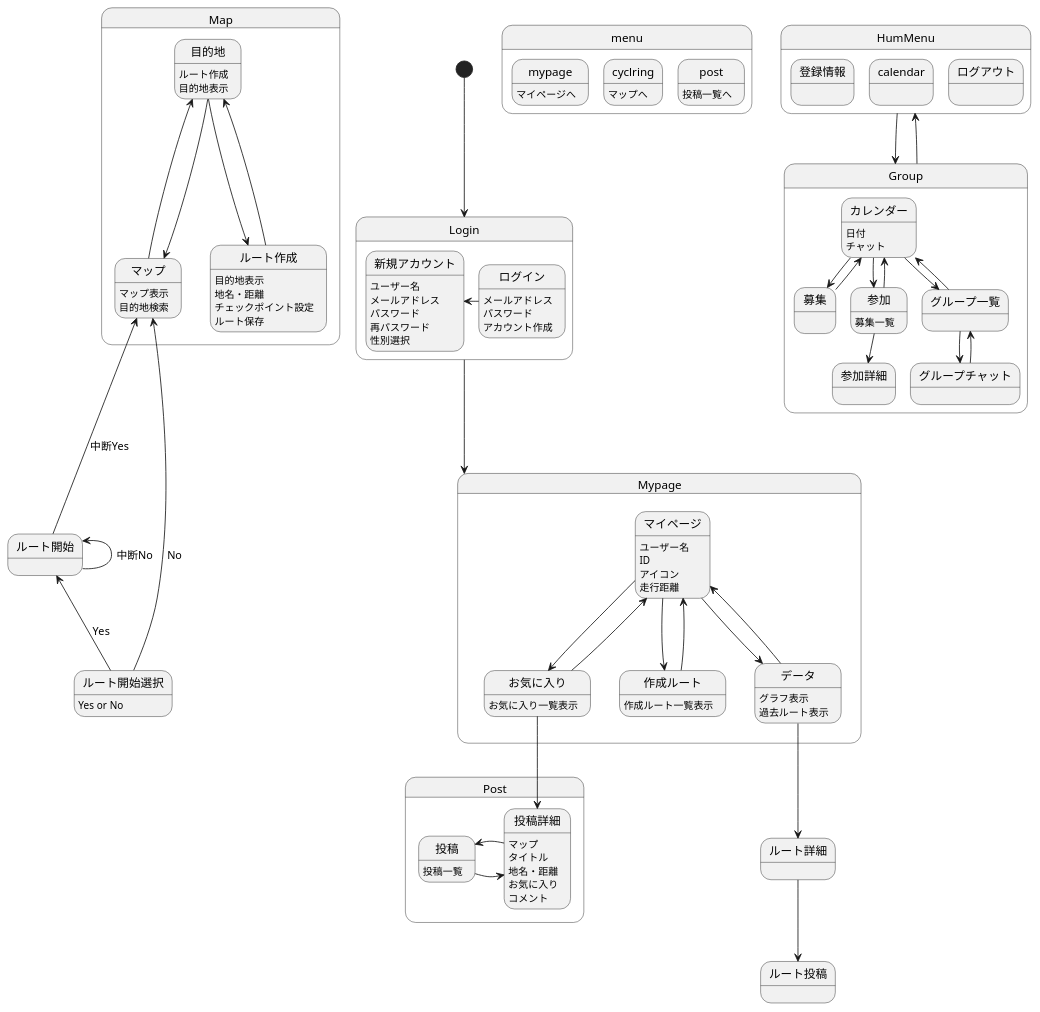
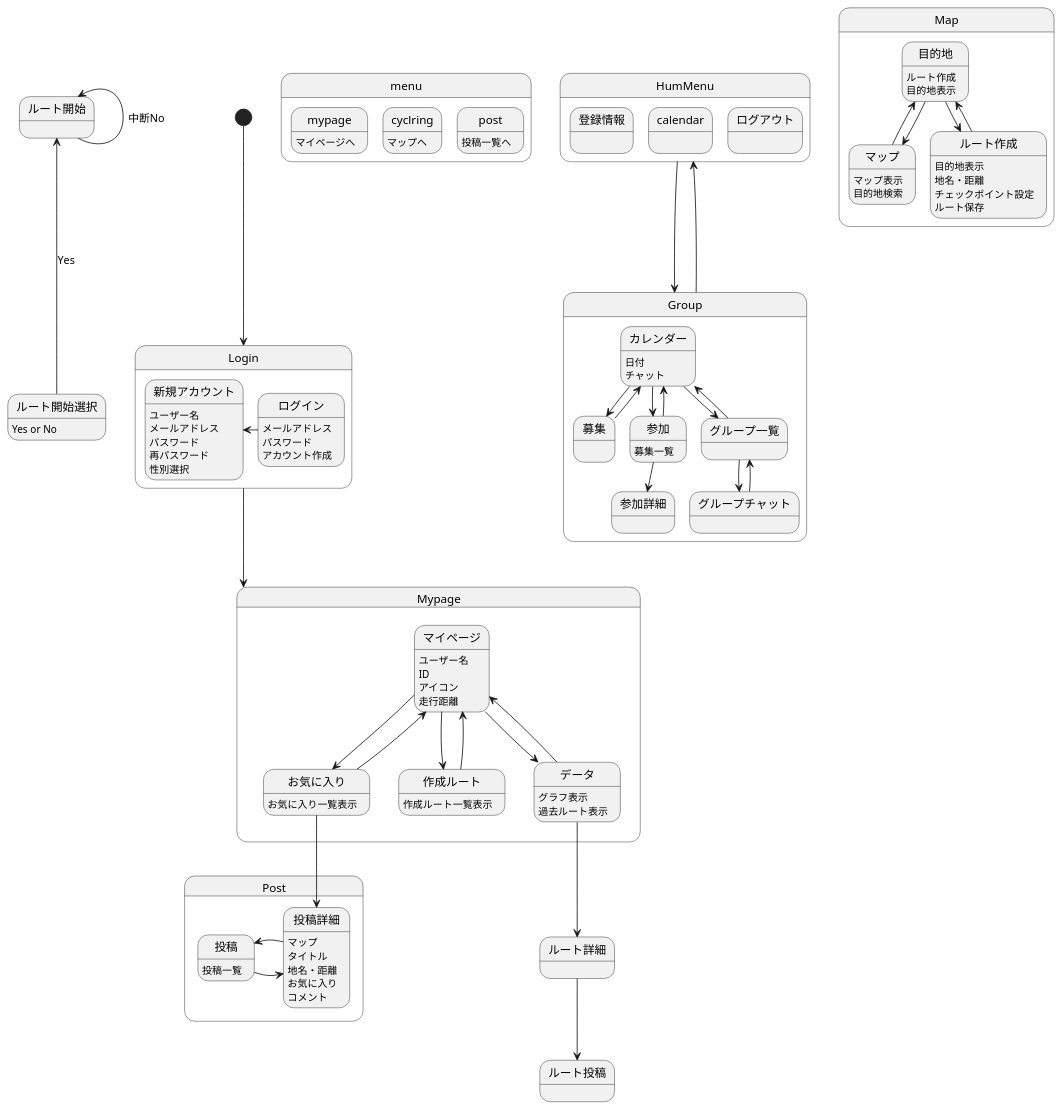
The diagram in 画面遷移図/gm.md (AsoSD3A3/CyclingSystem), drawn with PlantUML before and after one commit.

```diff
--- a/画面遷移図/gm.md
+++ b/画面遷移図/gm.md
@@ -85,9 +85,9 @@
 
 ルート開始選択:Yes or No
 ルート開始選択-up->ルート開始 :Yes
-ルート開始選択-left->マップ :No
+
 ルート開始-up->ルート開始 :中断No
-ルート開始-up->マップ :中断Yes
+
 
 state Post{
 投稿:投稿一覧
```
